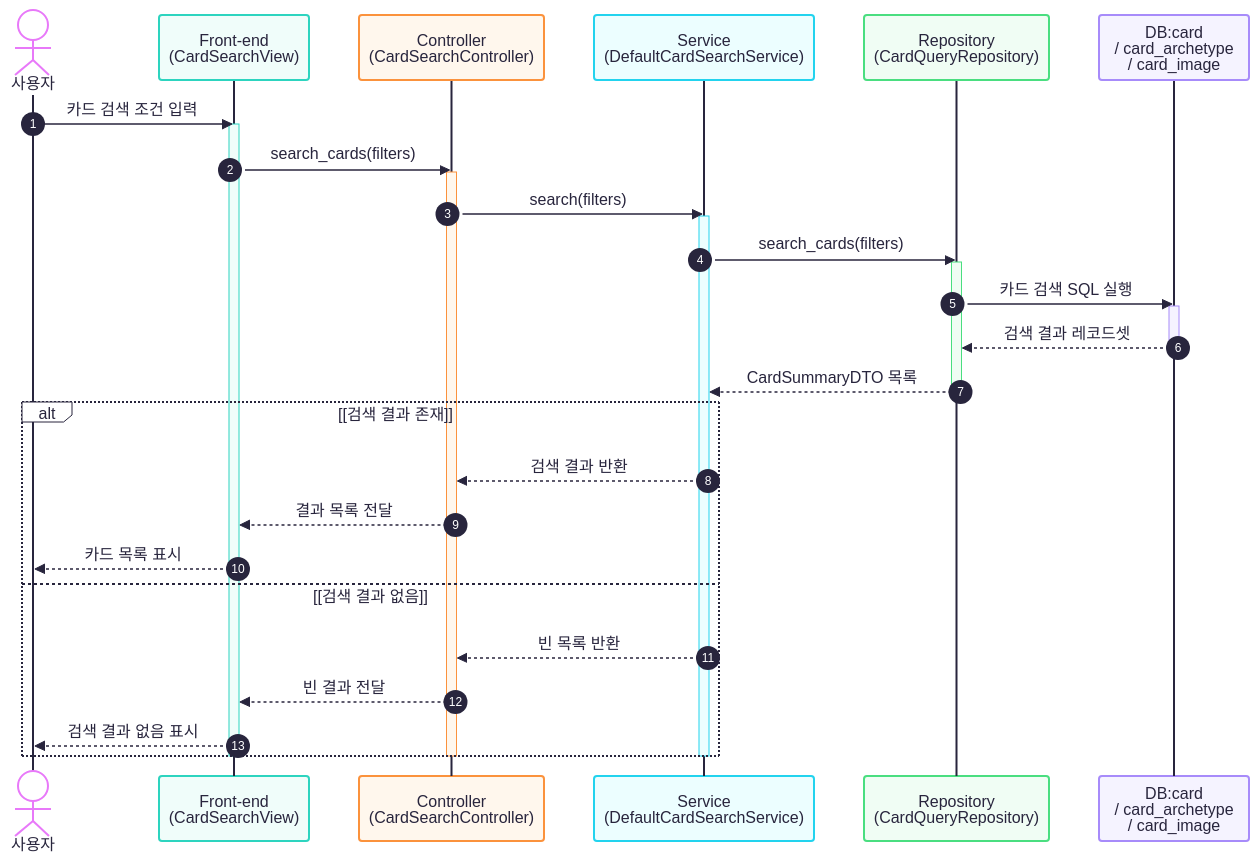
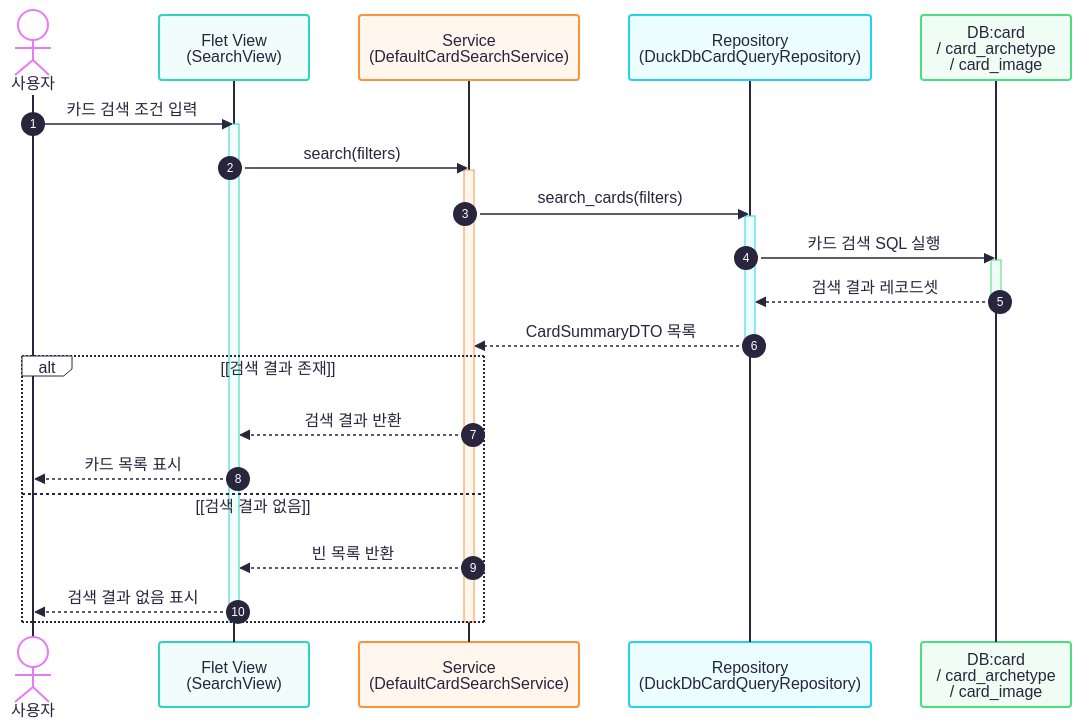
The diagram in docs/mermaid/05_seq_uc02_search_cards.mmd (jsh42672/db_02_duckdb), drawn with Mermaid before and after one commit. The commit also changed 47 other files, not shown here.

```diff
--- a/docs/mermaid/05_seq_uc02_search_cards.mmd
+++ b/docs/mermaid/05_seq_uc02_search_cards.mmd
@@ -1,43 +1,37 @@
 ---
 config:
   theme: redux-color
 ---
 sequenceDiagram
     autonumber
 
     actor User as 사용자
-    participant FE as Front-end<br/>(CardSearchView)
-    participant Ctrl as Controller<br/>(CardSearchController)
+    participant FE as Flet View<br/>(SearchView)
     participant Svc as Service<br/>(DefaultCardSearchService)
-    participant Repo as Repository<br/>(CardQueryRepository)
+    participant Repo as Repository<br/>(DuckDbCardQueryRepository)
     participant DB as DB:card<br/>/ card_archetype<br/>/ card_image
 
     User->>FE: 카드 검색 조건 입력
     activate FE
-    FE->>Ctrl: search_cards(filters)
-    activate Ctrl
-    Ctrl->>Svc: search(filters)
+    FE->>Svc: search(filters)
     activate Svc
 
     Svc->>Repo: search_cards(filters)
     activate Repo
     Repo->>DB: 카드 검색 SQL 실행
     activate DB
     DB-->>Repo: 검색 결과 레코드셋
     deactivate DB
     Repo-->>Svc: CardSummaryDTO 목록
     deactivate Repo
 
     alt [검색 결과 존재]
-        Svc-->>Ctrl: 검색 결과 반환
-        Ctrl-->>FE: 결과 목록 전달
+        Svc-->>FE: 검색 결과 반환
         FE-->>User: 카드 목록 표시
     else [검색 결과 없음]
-        Svc-->>Ctrl: 빈 목록 반환
-        Ctrl-->>FE: 빈 결과 전달
+        Svc-->>FE: 빈 목록 반환
         FE-->>User: 검색 결과 없음 표시
     end
 
     deactivate Svc
-    deactivate Ctrl
     deactivate FE
```
